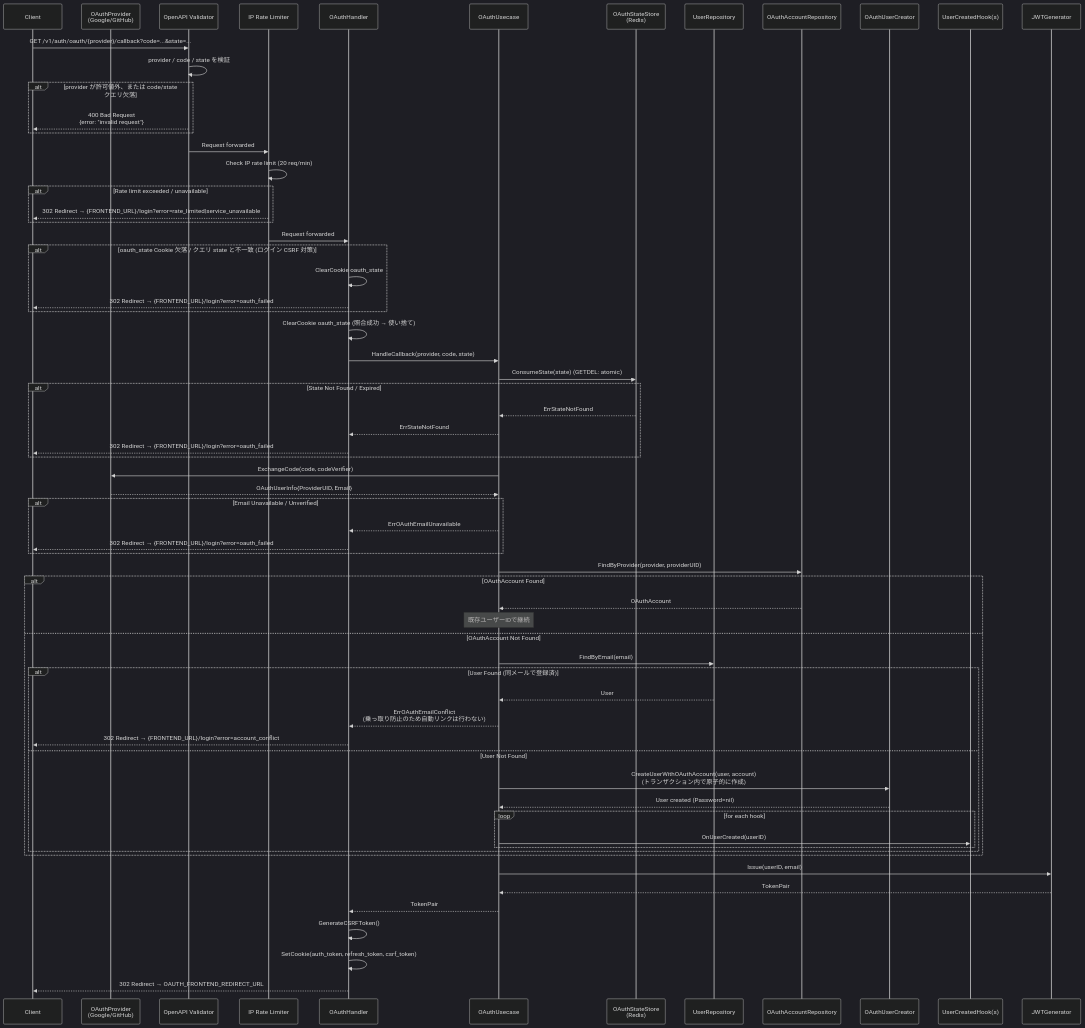
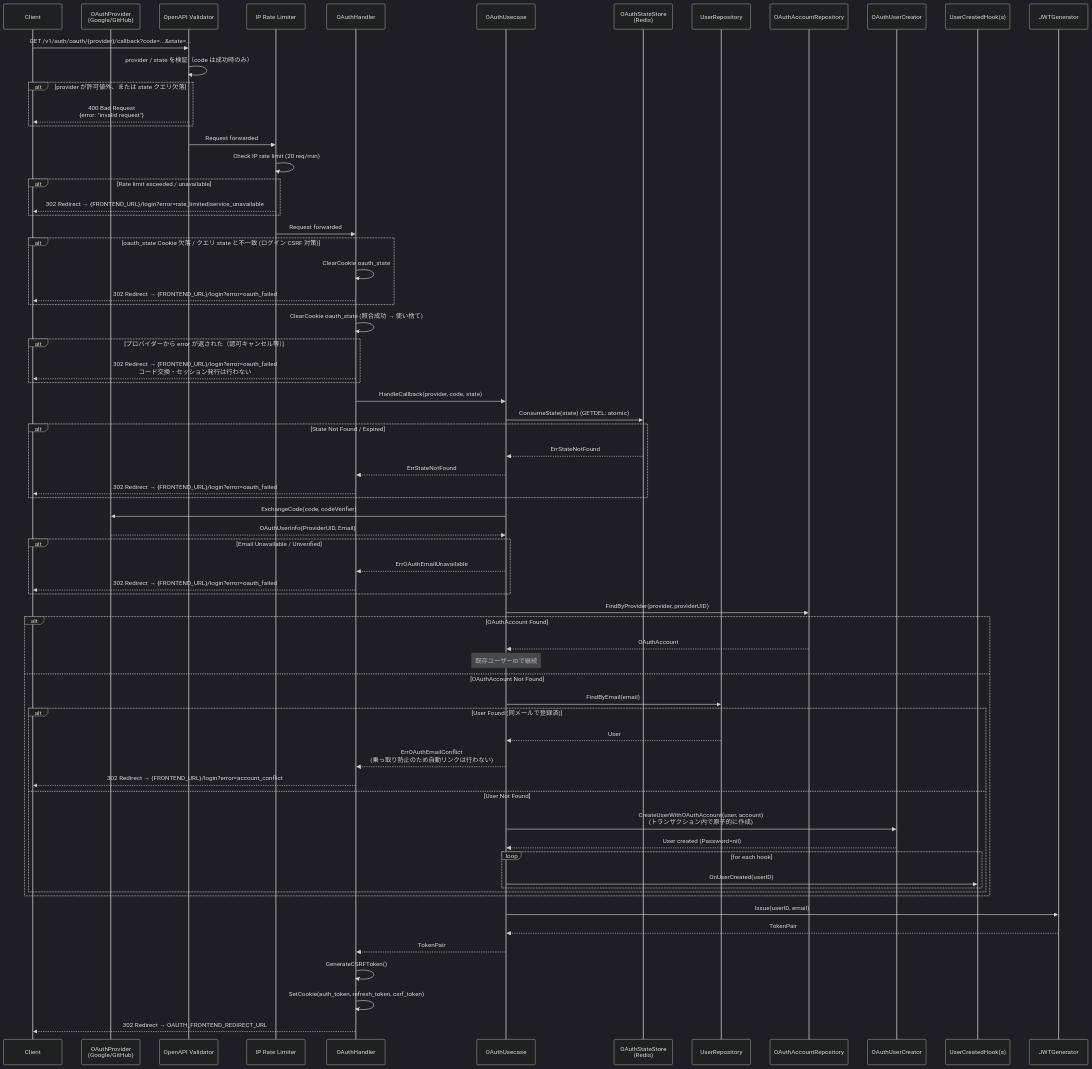
One commit to UCHIDAnobuhiro/stock-backend changed the sixth of 7 diagrams in docs/features/auth.md. Above: the diagram before and after it, drawn with Mermaid (dark theme). The commit also changed other lines of this file and 10 other files, not shown here.

````diff
--- a/docs/features/auth.md
+++ b/docs/features/auth.md
@@ -220,76 +220,79 @@
 ```mermaid
 sequenceDiagram
     participant Client
     participant Provider as OAuthProvider<br/>(Google/GitHub)
     participant Validator as OpenAPI Validator
     participant RateLimit as IP Rate Limiter
     participant Handler as OAuthHandler
     participant Usecase as OAuthUsecase
     participant StateStore as OAuthStateStore<br/>(Redis)
     participant UserRepo as UserRepository
     participant OAuthRepo as OAuthAccountRepository
     participant Creator as OAuthUserCreator
     participant Hooks as UserCreatedHook(s)
     participant JWT as JWTGenerator
 
     Client->>Validator: GET /v1/auth/oauth/{provider}/callback?code=...&state=...
-    Validator->>Validator: provider / code / state を検証
-    alt provider が許可値外、または code/state クエリ欠落
+    Validator->>Validator: provider / state を検証（code は成功時のみ）
+    alt provider が許可値外、または state クエリ欠落
         Validator-->>Client: 400 Bad Request<br/>{error: "invalid request"}
     end
     Validator->>RateLimit: Request forwarded
     RateLimit->>RateLimit: Check IP rate limit (20 req/min)
     alt Rate limit exceeded / unavailable
         RateLimit-->>Client: 302 Redirect → {FRONTEND_URL}/login?error=rate_limited|service_unavailable
     end
     RateLimit->>Handler: Request forwarded
     alt oauth_state Cookie 欠落 / クエリ state と不一致 (ログイン CSRF 対策)
         Handler->>Handler: ClearCookie oauth_state
         Handler-->>Client: 302 Redirect → {FRONTEND_URL}/login?error=oauth_failed
     end
 
     Handler->>Handler: ClearCookie oauth_state (照合成功 → 使い捨て)
+    alt プロバイダーから error が返された（認可キャンセル等）
+        Handler-->>Client: 302 Redirect → {FRONTEND_URL}/login?error=oauth_failed<br/>コード交換・セッション発行は行わない
+    end
     Handler->>Usecase: HandleCallback(provider, code, state)
     Usecase->>StateStore: ConsumeState(state) (GETDEL: atomic)
 
     alt State Not Found / Expired
         StateStore-->>Usecase: ErrStateNotFound
         Usecase-->>Handler: ErrStateNotFound
         Handler-->>Client: 302 Redirect → {FRONTEND_URL}/login?error=oauth_failed
     end
 
     Usecase->>Provider: ExchangeCode(code, codeVerifier)
     Provider-->>Usecase: OAuthUserInfo{ProviderUID, Email}
 
     alt Email Unavailable / Unverified
         Usecase-->>Handler: ErrOAuthEmailUnavailable
         Handler-->>Client: 302 Redirect → {FRONTEND_URL}/login?error=oauth_failed
     end
 
     Usecase->>OAuthRepo: FindByProvider(provider, providerUID)
 
     alt OAuthAccount Found
         OAuthRepo-->>Usecase: OAuthAccount
         Note over Usecase: 既存ユーザーIDで継続
     else OAuthAccount Not Found
         Usecase->>UserRepo: FindByEmail(email)
         alt User Found (同メールで登録済)
             UserRepo-->>Usecase: User
             Usecase-->>Handler: ErrOAuthEmailConflict<br/>(乗っ取り防止のため自動リンクは行わない)
             Handler-->>Client: 302 Redirect → {FRONTEND_URL}/login?error=account_conflict
         else User Not Found
             Usecase->>Creator: CreateUserWithOAuthAccount(user, account)<br/>(トランザクション内で原子的に作成)
             Creator-->>Usecase: User created (Password=nil)
             loop for each hook
                 Usecase->>Hooks: OnUserCreated(userID)
             end
         end
     end
 
     Usecase->>JWT: Issue(userID, email)
     JWT-->>Usecase: TokenPair
     Usecase-->>Handler: TokenPair
     Handler->>Handler: GenerateCSRFToken()
     Handler->>Handler: SetCookie(auth_token, refresh_token, csrf_token)
     Handler-->>Client: 302 Redirect → OAUTH_FRONTEND_REDIRECT_URL
 ```
````
